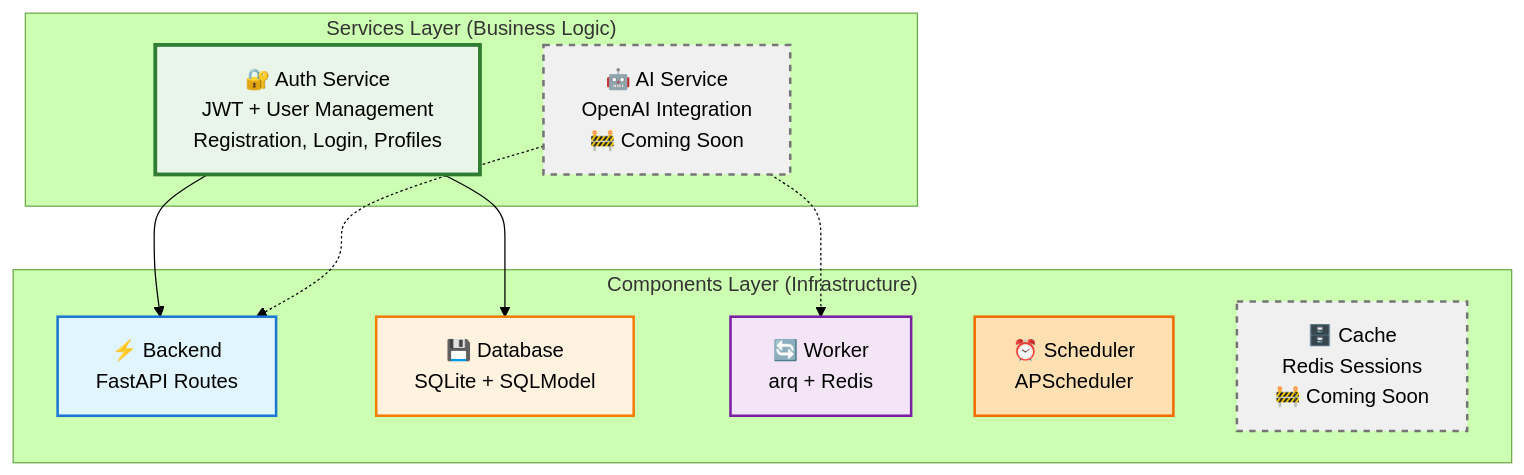
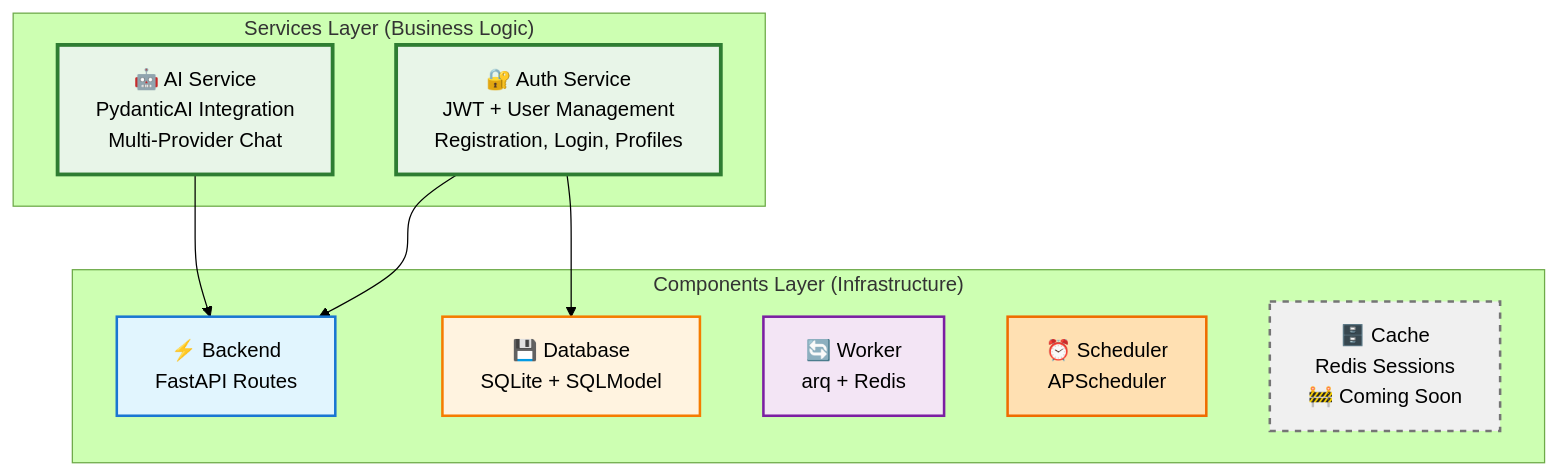
The first of 4 diagrams in docs/services/index.md (bhardwajRahul/aegis-stack), drawn with Mermaid (forest theme) before and after one commit. The commit also changed other lines of this file and 32 other files, not shown here.

````diff
--- a/docs/services/index.md
+++ b/docs/services/index.md
@@ -11,28 +11,27 @@
 ```mermaid
 graph TB
     subgraph "Services Layer (Business Logic)"
         Auth[🔐 Auth Service<br/>JWT + User Management<br/>Registration, Login, Profiles]
-        AI[🤖 AI Service<br/>OpenAI Integration<br/>🚧 Coming Soon]
+        AI[🤖 AI Service<br/>PydanticAI Integration<br/>Multi-Provider Chat]
     end
 
     subgraph "Components Layer (Infrastructure)"
         Backend[⚡ Backend<br/>FastAPI Routes]
         Database[💾 Database<br/>SQLite + SQLModel]
         Worker[🔄 Worker<br/>arq + Redis]
         Scheduler[⏰ Scheduler<br/>APScheduler]
         Cache[🗄️ Cache<br/>Redis Sessions<br/>🚧 Coming Soon]
     end
 
     Auth --> Backend
     Auth --> Database
-    AI -.-> Backend
-    AI -.-> Worker
+    AI --> Backend
 
     style Auth fill:#e8f5e8,stroke:#2e7d32,stroke-width:3px
-    style AI fill:#f0f0f0,stroke:#757575,stroke-width:2px,stroke-dasharray: 5 5
+    style AI fill:#e8f5e8,stroke:#2e7d32,stroke-width:3px
     style Backend fill:#e1f5fe,stroke:#1976d2,stroke-width:2px
     style Database fill:#fff3e0,stroke:#f57c00,stroke-width:2px
     style Worker fill:#f3e5f5,stroke:#7b1fa2,stroke-width:2px
     style Scheduler fill:#ffe0b2,stroke:#ef6c00,stroke-width:2px
     style Cache fill:#f0f0f0,stroke:#757575,stroke-width:2px,stroke-dasharray: 5 5
 ```
````
